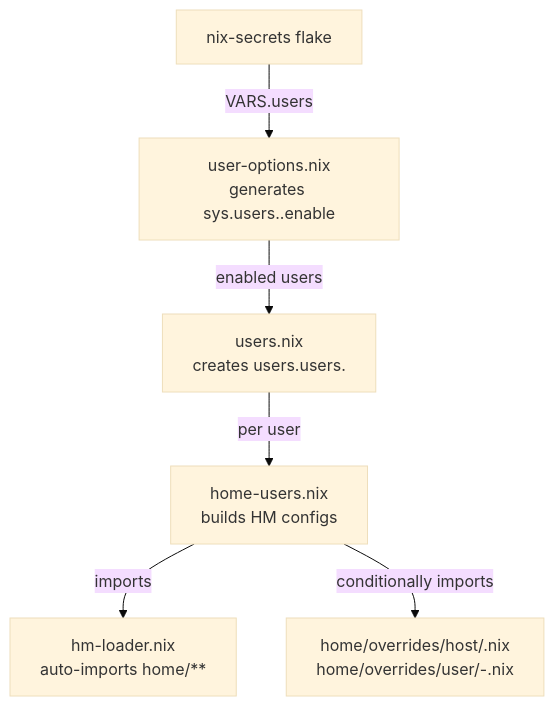
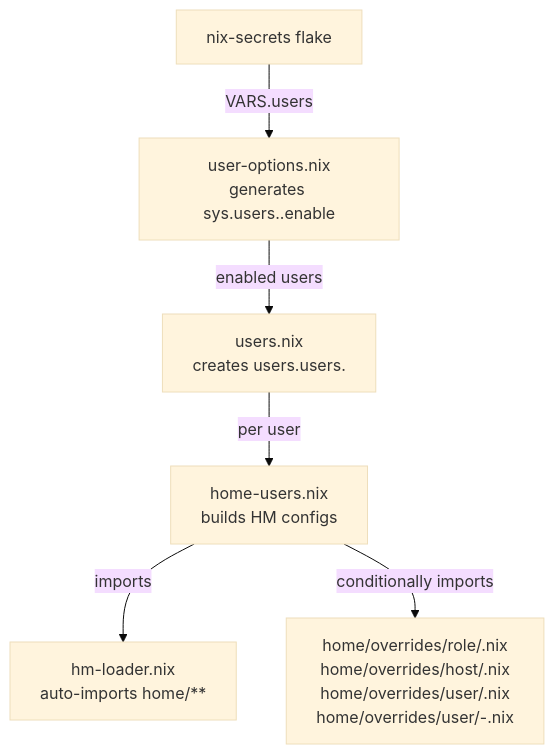
One commit to telometto/nix-config changed the diagram in modules/core/README.md. Above: the diagram before and after it, drawn with Mermaid (base theme). The commit also changed other lines of this file and 10 other files, not shown here.

Commit message:
docs: update Home Manager override documentation and clarify user-wide configurations

````diff
--- a/modules/core/README.md
+++ b/modules/core/README.md
@@ -30,8 +30,8 @@
 ```mermaid
 flowchart TD
     NS["nix-secrets flake"] -->|"VARS.users"| UO["user-options.nix\ngenerates sys.users.<name>.enable"]
     UO -->|"enabled users"| UN["users.nix\ncreates users.users.<name>"]
     UN -->|"per user"| HU["home-users.nix\nbuilds HM configs"]
     HU -->|"imports"| HL["hm-loader.nix\nauto-imports home/**"]
-    HU -->|"conditionally imports"| HO["home/overrides/host/<host>.nix\nhome/overrides/user/<user>-<host>.nix"]
+    HU -->|"conditionally imports"| HO["home/overrides/role/<role>.nix\nhome/overrides/host/<host>.nix\nhome/overrides/user/<user>.nix\nhome/overrides/user/<user>-<host>.nix"]
 ```
````
